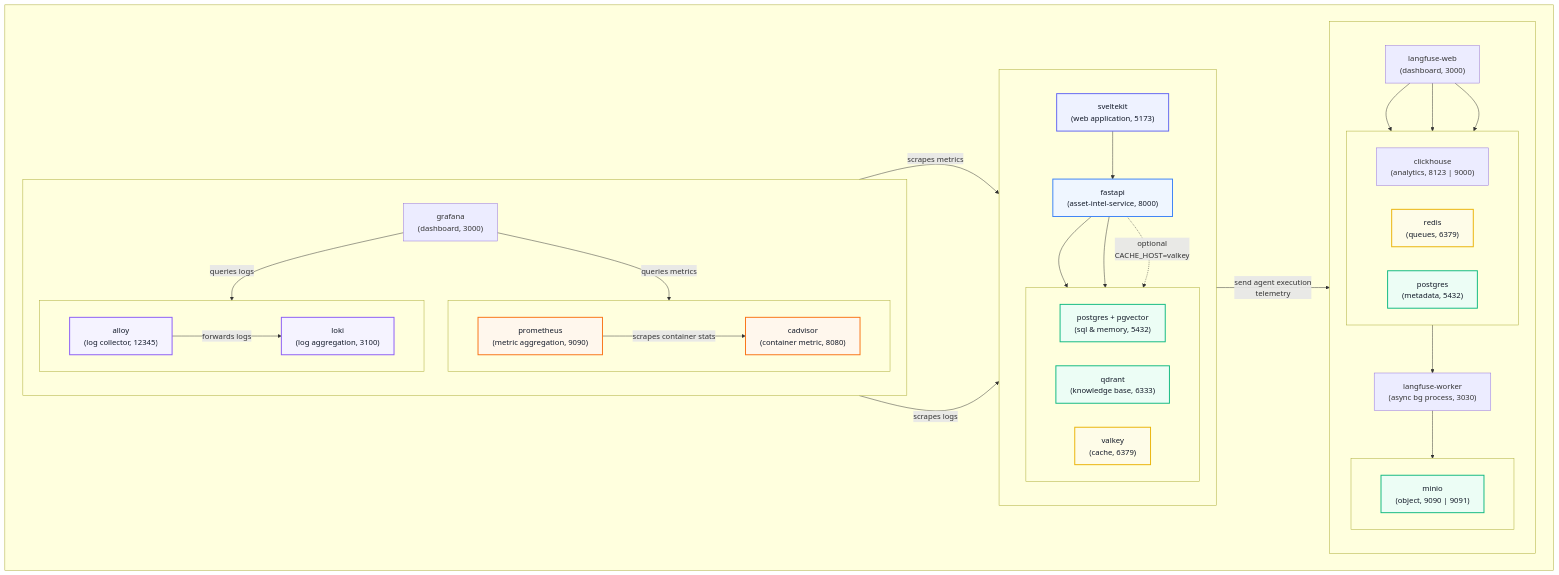
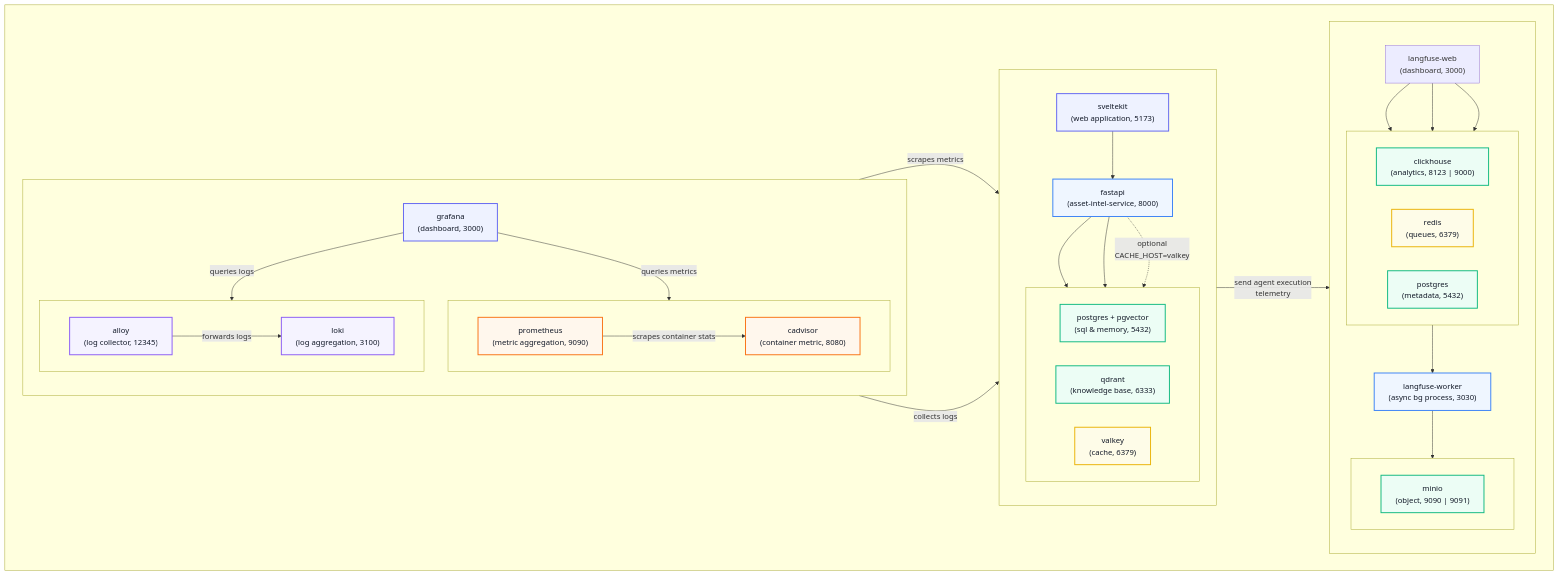
One commit to xinlonghe2512/avli changed the diagram in docs/docker.md. Above: the diagram before and after it, drawn with Mermaid.

Commit message:
Project Init

````diff
--- a/docs/docker.md
+++ b/docs/docker.md
@@ -93,28 +93,26 @@
     %% =========================================================
 
     prometheus -->|"scrapes metrics"| fastapi
-    alloy -->|"scrapes logs"| fastapi
+    alloy -->|"collects logs"| fastapi
     fastapi -->|"send agent execution<br>telemetry"| langfuse-web
 
     %% =========================================================
     %% STYLING
     %% =========================================================
-    class sveltekit application
-    class fastapi microservice
-    class postgres+pgvector,postgres,qdrant,minio database
+    class sveltekit,grafana application
+    class fastapi,langfuse-worker service
+    class postgres+pgvector,postgres,qdrant,minio,clickhouse database
     class valkey,redis cache
 
-    class grafana dashboard
     class prometheus,cadvisor metrics
     class alloy,loki logs
 
     classDef application fill:#eef2ff,stroke:#6366f1,stroke-width:2px,color:#111827
-    classDef microservice fill:#eff6ff,stroke:#3b82f6,stroke-width:2px,color:#111827
+    classDef service fill:#eff6ff,stroke:#3b82f6,stroke-width:2px,color:#111827
     classDef database fill:#ecfdf5,stroke:#10b981,stroke-width:2px,color:#111827
     classDef cache fill:#fefce8,stroke:#eab308,stroke-width:2px,color:#111827
 
     classDef metrics fill:#fff7ed,stroke:#f97316,stroke-width:2px,color:#111827
     classDef logs fill:#f5f3ff,stroke:#8b5cf6,stroke-width:2px,color:#111827
-    classDef collector fill:#ecfeff,stroke:#06b6d4,stroke-width:2px,color:#111827
 
 ```
````
